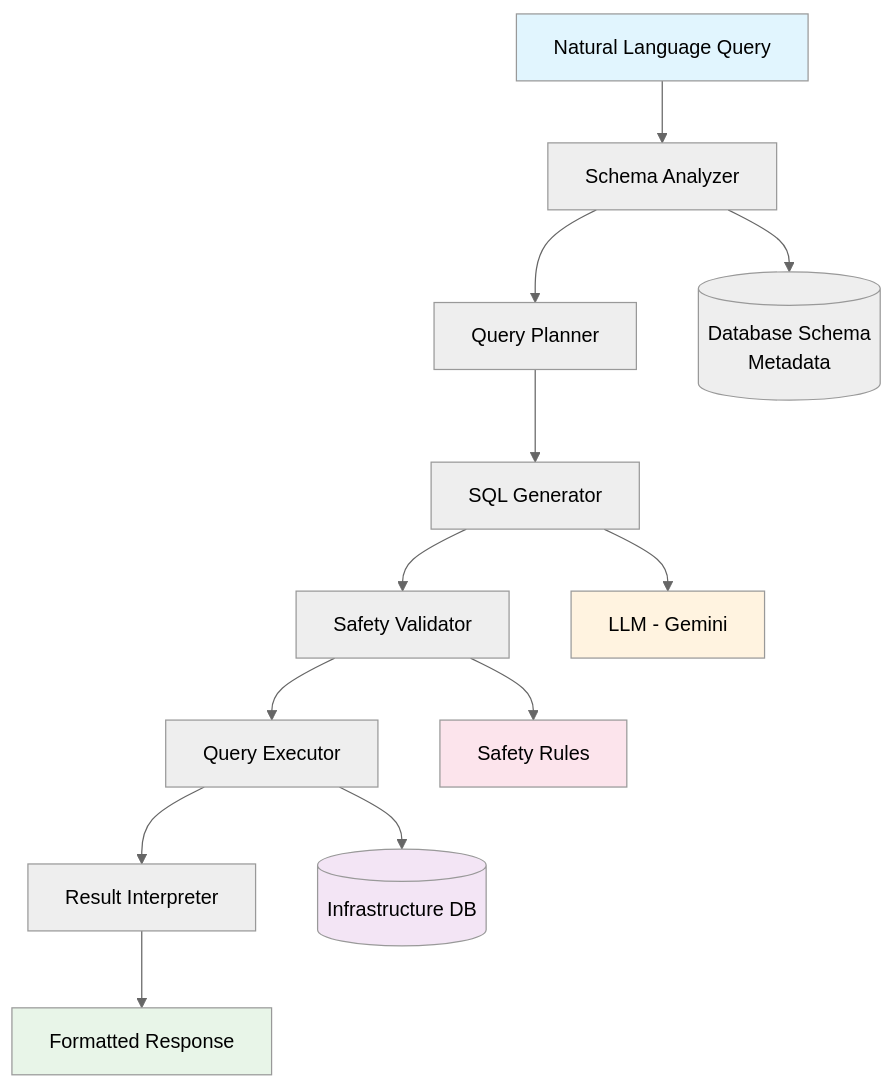
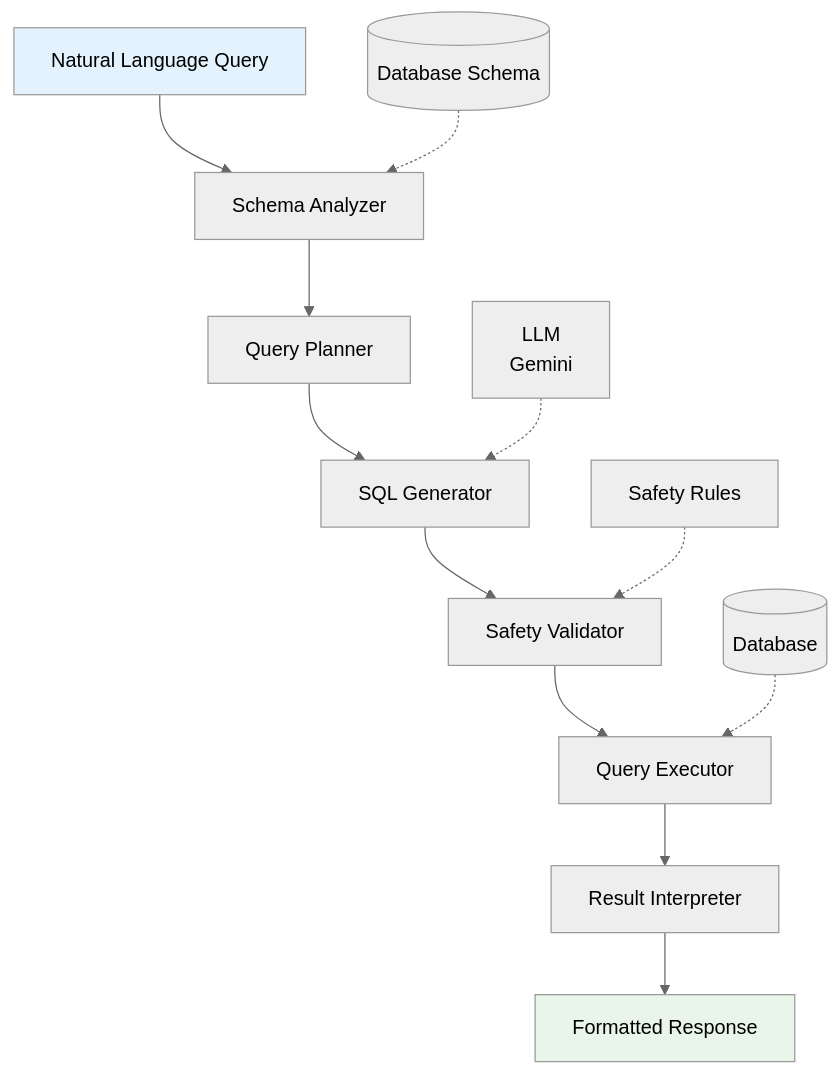
One commit to keo571/netquery changed the diagram in README.md. Above: the diagram before and after it, drawn with Mermaid (neutral theme).

Commit message:
Fix confusing Mermaid architecture diagram
- Change arrow directions: use dotted arrows (-.->') to show resources/inputs
- Schema Analyzer USES Database Schema (not sends data to it)
- SQL Generator USES LLM Gemini (not sends data to it)
- Safety Validator USES Safety Rules (not sends data to it)
- Query Executor USES Database (not sends data to it)
- Simplify component names and reduce color noise
- Make the main pipeline flow clearer with solid arrows

🤖 Generated with [Claude Code](https://claude.ai/code)

````diff
--- a/README.md
+++ b/README.md
@@ -7,21 +7,18 @@
 ```mermaid
 graph TD
     A[Natural Language Query] --> B[Schema Analyzer]
-    B --> C[Query Planner]
+    B --> C[Query Planner]  
     C --> D[SQL Generator]
     D --> E[Safety Validator]
     E --> F[Query Executor]
     F --> G[Result Interpreter]
     G --> H[Formatted Response]
     
-    B --> I[(Database Schema<br/>Metadata)]
-    D --> J[LLM - Gemini]
-    E --> K[Safety Rules]
-    F --> L[(Infrastructure DB)]
+    I[(Database Schema)] -.-> B
+    J[LLM<br/>Gemini] -.-> D
+    K[Safety Rules] -.-> E
+    L[(Database)] -.-> F
     
-    style A fill:#e1f5fe
+    style A fill:#e3f2fd
     style H fill:#e8f5e8
-    style J fill:#fff3e0
-    style K fill:#fce4ec
-    style L fill:#f3e5f5
 ```
````
